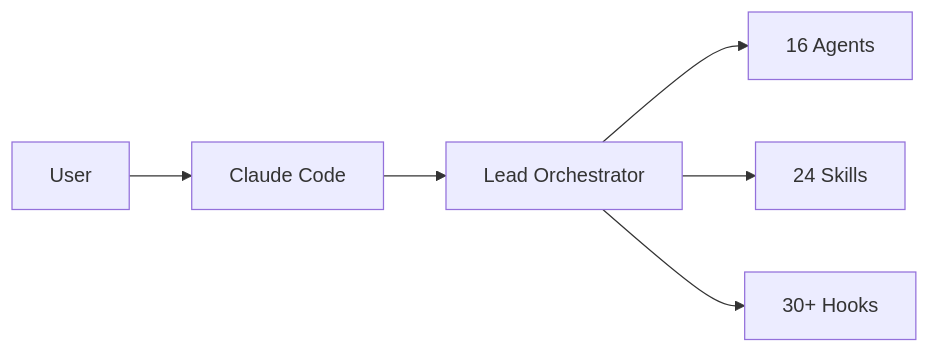
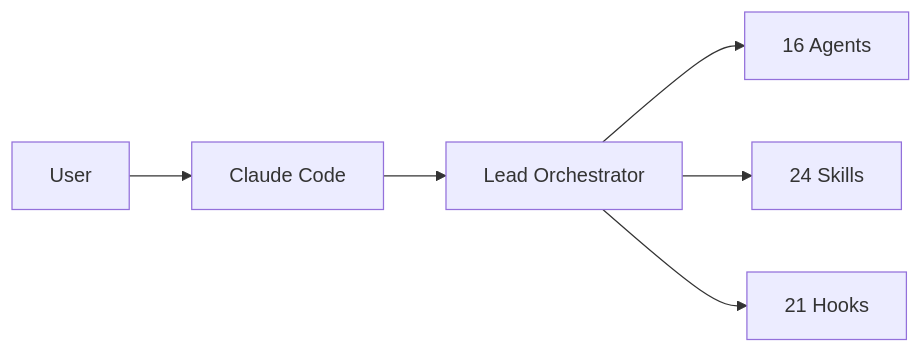
The first of 2 diagrams in CLAUDE.md (MaciWP/claude-code-poneglyph), drawn with Mermaid before and after one commit. The commit also changed other lines of this file and 60 other files, not shown here.

````diff
--- a/CLAUDE.md
+++ b/CLAUDE.md
@@ -61,8 +61,8 @@
 ```mermaid
 graph LR
     User --> CC[Claude Code]
     CC --> Orch[Lead Orchestrator]
     Orch --> Agents[16 Agents]
     Orch --> Skills[24 Skills]
-    Orch --> Hooks[30+ Hooks]
+    Orch --> Hooks[21 Hooks]
 ```
````
